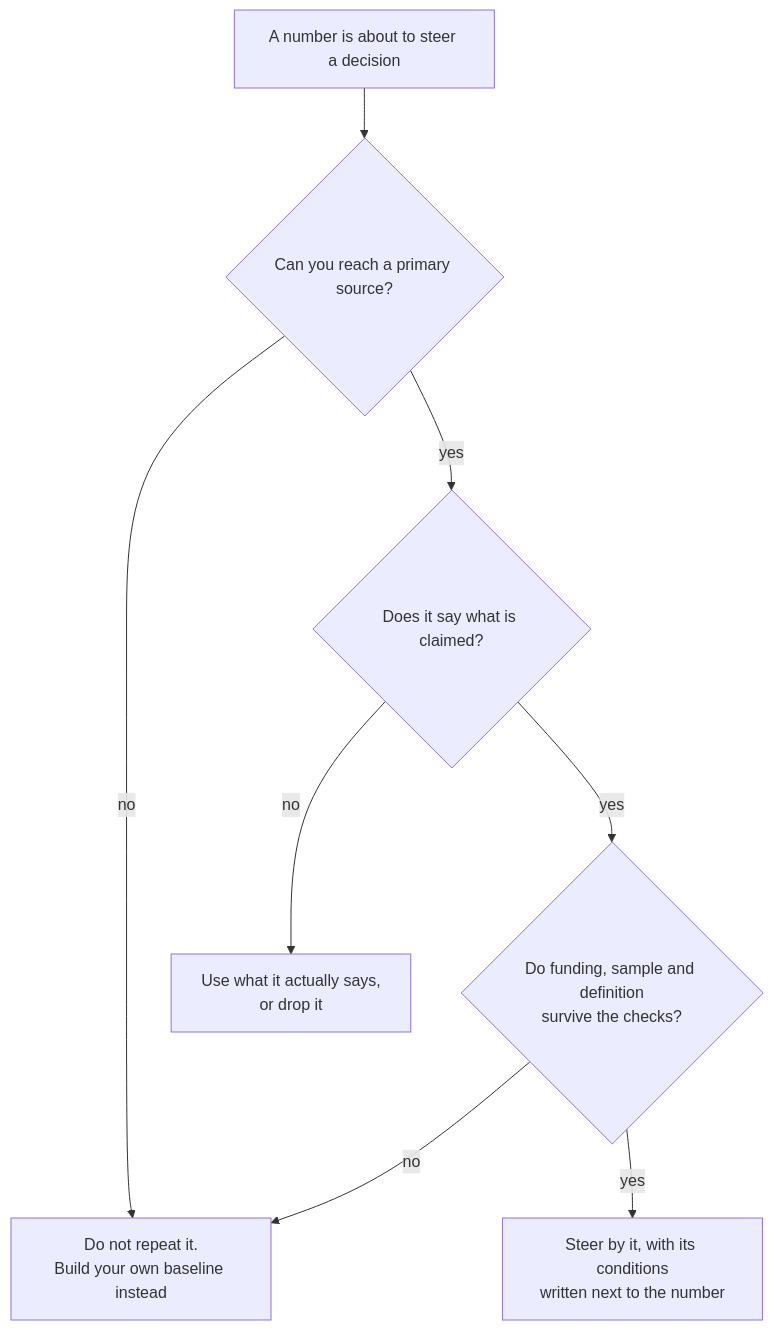
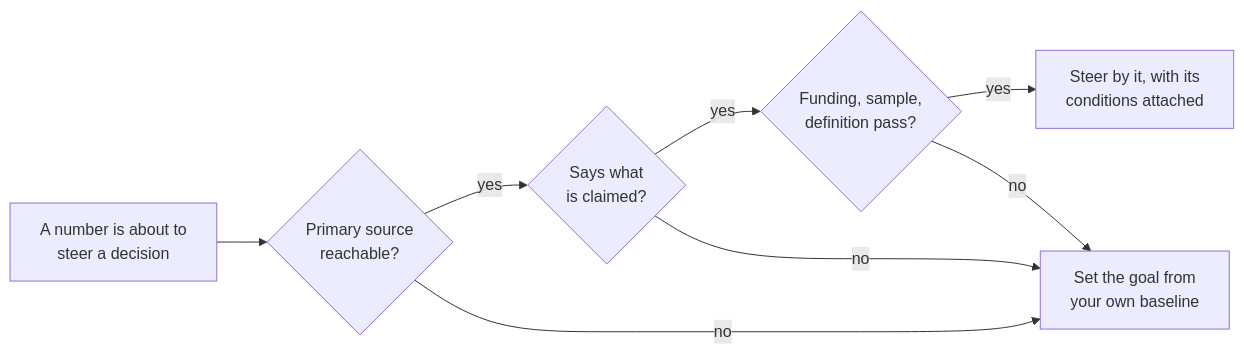
The diagram in docs/metrics/benchmarks.md (h3qing/open-analytics-framework), drawn with Mermaid before and after one commit. The commit also changed other lines of this file and 1 other file, not shown here.

First line of the commit message:
Rewrite the benchmarks page around setting benchmarks, not distrusting them

````diff
--- a/docs/metrics/benchmarks.md
+++ b/docs/metrics/benchmarks.md
@@ -46,10 +94,10 @@
 ```mermaid
-flowchart TD
-    A["A number is about to steer a decision"] --> B{"Can you reach a primary source?"}
-    B -->|no| F["Do not repeat it.<br/>Build your own baseline instead"]
-    B -->|yes| C{"Does it say what is claimed?"}
-    C -->|no| G["Use what it actually says,<br/>or drop it"]
-    C -->|yes| D{"Do funding, sample and definition<br/>survive the checks?"}
+flowchart LR
+    A["A number is about to<br/>steer a decision"] --> B{"Primary source<br/>reachable?"}
+    B -->|yes| C{"Says what<br/>is claimed?"}
+    C -->|yes| D{"Funding, sample,<br/>definition pass?"}
+    D -->|yes| E["Steer by it, with its<br/>conditions attached"]
+    B -->|no| F["Set the goal from<br/>your own baseline"]
+    C -->|no| F
     D -->|no| F
-    D -->|yes| E["Steer by it, with its conditions<br/>written next to the number"]
 ```
````
